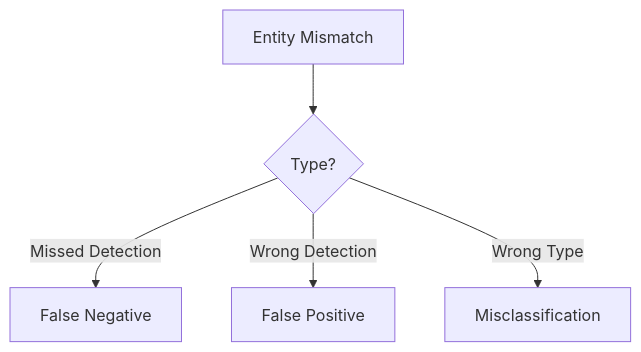
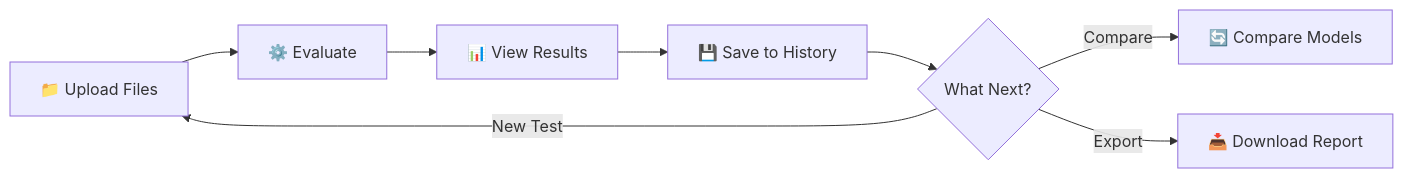
One commit to anudra/pii-benchmark-framework changed the second of 7 diagrams in architecture.md. Above: the diagram before and after it, drawn with Mermaid. The commit also changed other lines of this file and 44 other files, not shown here.

````diff
--- a/architecture.md
+++ b/architecture.md
@@ -123,7 +32,10 @@
 ```mermaid
-graph TD
-    A[Entity Mismatch] --> B{Type?}
-    B -->|Missed Detection| C[False Negative]
-    B -->|Wrong Detection| D[False Positive]
-    B -->|Wrong Type| E[Misclassification]
+flowchart LR
+    A[📁 Upload Files] --> B[⚙️ Evaluate]
+    B --> C[📊 View Results]
+    C --> D[💾 Save to History]
+    D --> E{What Next?}
+    E -->|Compare| F[🔄 Compare Models]
+    E -->|Export| G[📥 Download Report]
+    E -->|New Test| A
 ```
````
